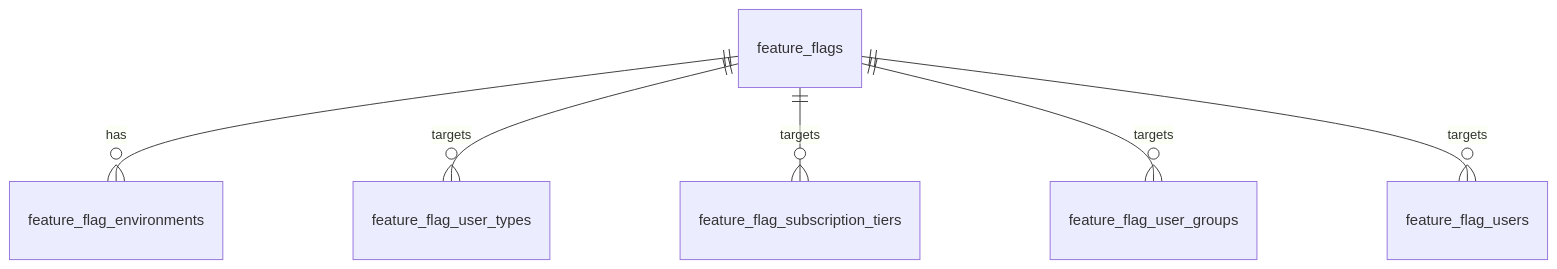
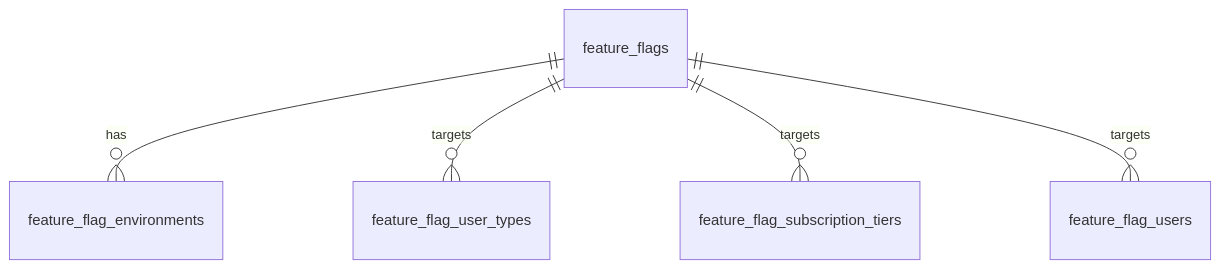
One commit to erikpr1994/peakHealth changed the third of 6 diagrams in apps/web/src/features/feature-flags/FEATURE_FLAG_SYSTEM.md. Above: the diagram before and after it, drawn with Mermaid. The commit also changed other lines of this file and 11 other files, not shown here.

````diff
--- a/apps/web/src/features/feature-flags/FEATURE_FLAG_SYSTEM.md
+++ b/apps/web/src/features/feature-flags/FEATURE_FLAG_SYSTEM.md
@@ -124,8 +124,7 @@
 ```mermaid
 erDiagram
   feature_flags ||--o{ feature_flag_environments : has
   feature_flags ||--o{ feature_flag_user_types : targets
   feature_flags ||--o{ feature_flag_subscription_tiers : targets
-  feature_flags ||--o{ feature_flag_user_groups : targets
   feature_flags ||--o{ feature_flag_users : targets
 ```
````
